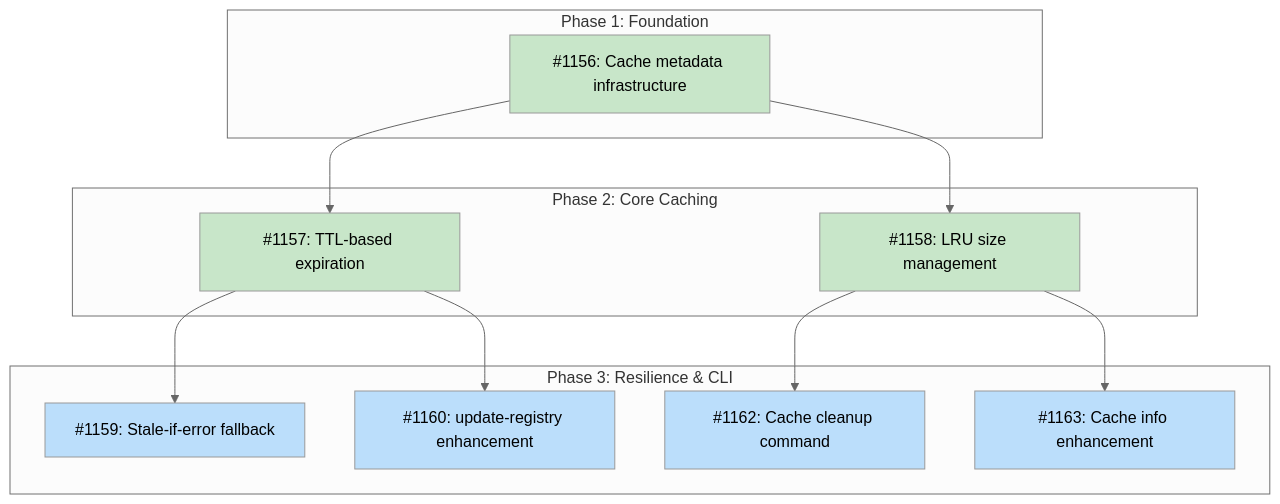
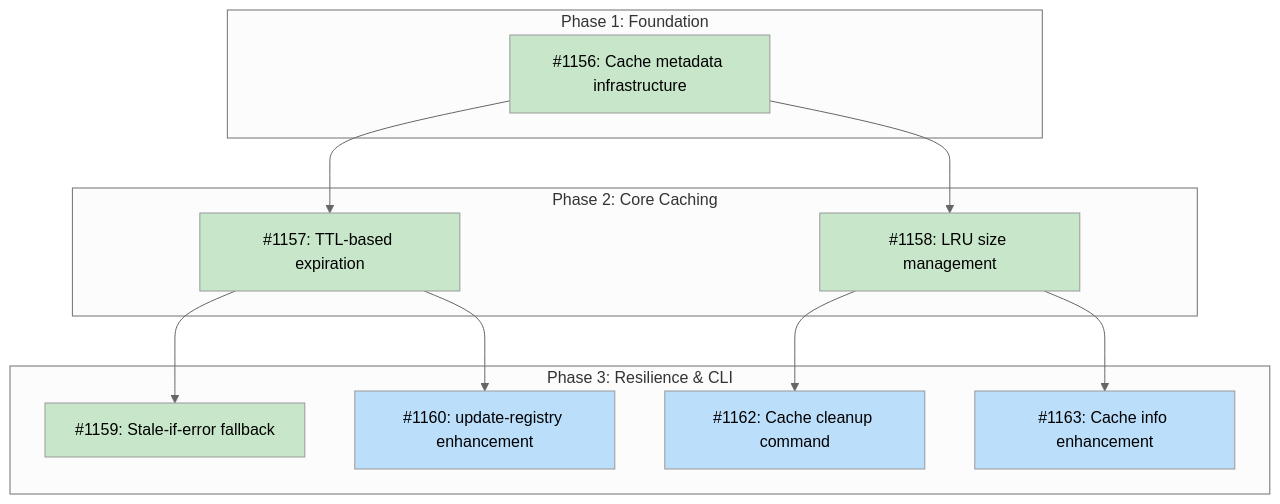
Before and after one commit to tsukumogami/tsuku: the diagram in docs/designs/DESIGN-registry-cache-policy.md, drawn with Mermaid (neutral theme). The commit also changed other lines of this file and 5 other files, not shown here.

````diff
--- a/docs/designs/DESIGN-registry-cache-policy.md
+++ b/docs/designs/DESIGN-registry-cache-policy.md
@@ -30,33 +30,33 @@
 ```mermaid
 graph TD
     subgraph Phase1["Phase 1: Foundation"]
         I1156["#1156: Cache metadata infrastructure"]
     end
 
     subgraph Phase2["Phase 2: Core Caching"]
         I1157["#1157: TTL-based expiration"]
         I1158["#1158: LRU size management"]
     end
 
     subgraph Phase3["Phase 3: Resilience & CLI"]
         I1159["#1159: Stale-if-error fallback"]
         I1160["#1160: update-registry enhancement"]
         I1162["#1162: Cache cleanup command"]
         I1163["#1163: Cache info enhancement"]
     end
 
     I1156 --> I1157
     I1156 --> I1158
     I1157 --> I1159
     I1157 --> I1160
     I1158 --> I1162
     I1158 --> I1163
 
     classDef done fill:#c8e6c9
     classDef ready fill:#bbdefb
     classDef blocked fill:#fff9c4
     classDef needsDesign fill:#e1bee7
 
-    class I1156,I1157,I1158 done
-    class I1159,I1160,I1162,I1163 ready
+    class I1156,I1157,I1158,I1159 done
+    class I1160,I1162,I1163 ready
 ```
````
